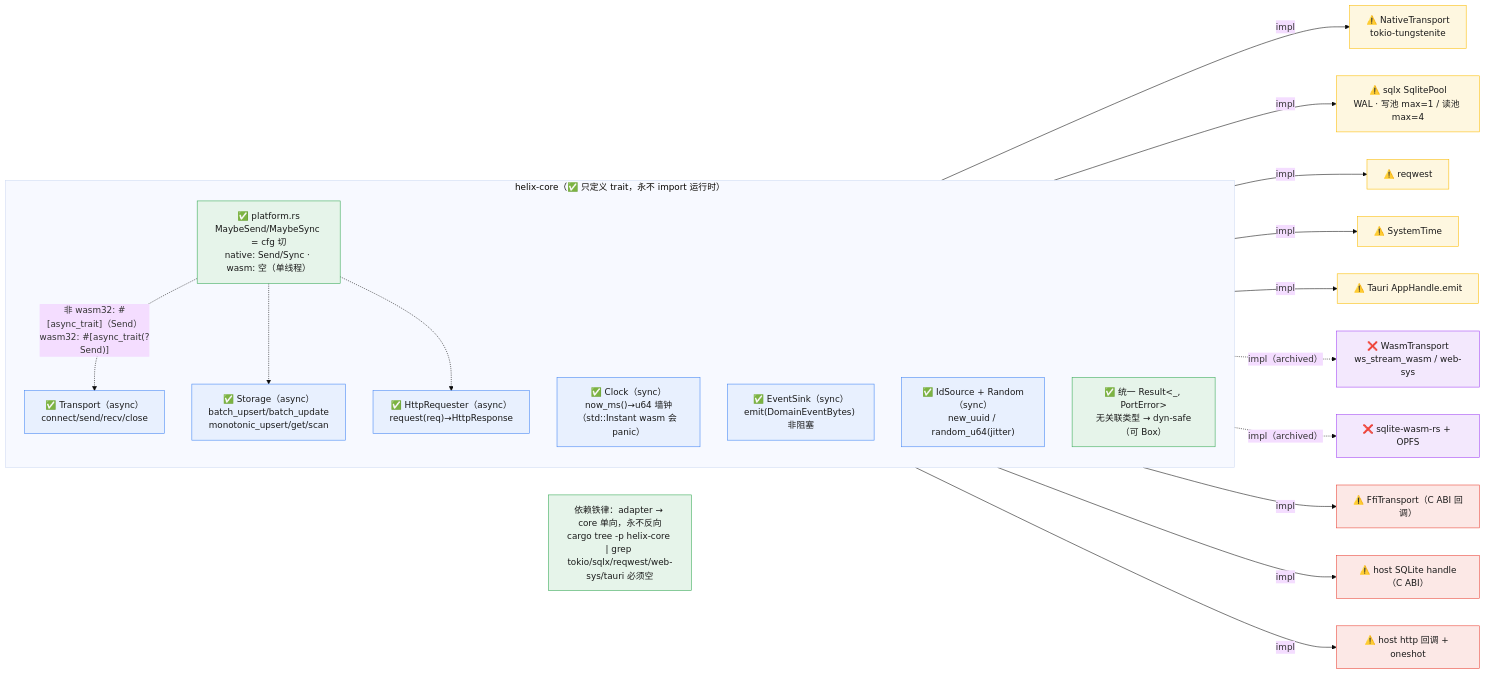
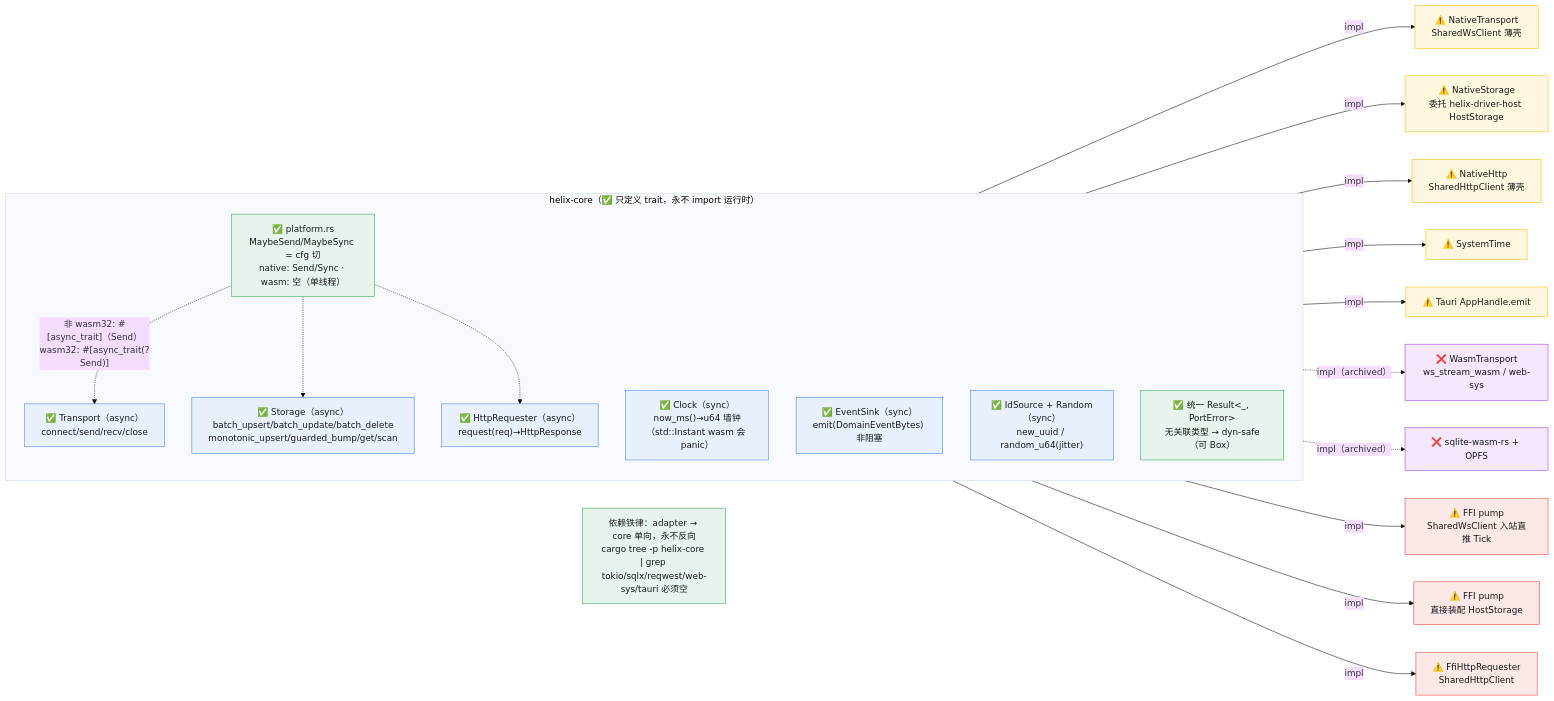
The diagram in crates/helix-core/docs/design/05-ports-registry.mmd (zxs1633079383/helix), drawn with Mermaid (base theme) before and after one commit. The commit also changed 66 other files, not shown here.

```diff
--- a/crates/helix-core/docs/design/05-ports-registry.mmd
+++ b/crates/helix-core/docs/design/05-ports-registry.mmd
@@ -1,44 +1,44 @@
-%% helix-core — 6 ports 抽象 + 三端实现去向（依赖倒置 / ports & adapters）
+%% helix-core — 6 ports 抽象 + PC/Flutter 实现去向（依赖倒置 / ports & adapters）
 %% 真源：src/ports/{transport,storage,clock,event_sink,id,http}.rs + src/platform.rs
 %% 关联：HX-C001(core 只定义 trait) · HX-C002(MaybeSend/MaybeSync cfg 切) · 对象安全(统一 PortError)
 flowchart LR
     classDef core fill:#e6f4ea,stroke:#34a853,color:#1a1a1a
     classDef port fill:#e8f0fe,stroke:#4285f4,color:#1a1a1a
     classDef native fill:#fef7e0,stroke:#fbbc04,color:#1a1a1a
     classDef wasm fill:#f3e8fd,stroke:#a142f4,color:#1a1a1a
     classDef ffi fill:#fce8e6,stroke:#ea4335,color:#1a1a1a
 
     subgraph CORE["helix-core（✅ 只定义 trait，永不 import 运行时）"]
         direction TB
         PLAT["✅ platform.rs<br/>MaybeSend/MaybeSync = cfg 切<br/>native: Send/Sync · wasm: 空（单线程）"]:::core
         T["✅ Transport（async）<br/>connect/send/recv/close"]:::port
-        S["✅ Storage（async）<br/>batch_upsert/batch_update<br/>monotonic_upsert/get/scan"]:::port
+        S["✅ Storage（async）<br/>batch_upsert/batch_update/batch_delete<br/>monotonic_upsert/guarded_bump/get/scan"]:::port
         CL["✅ Clock（sync）<br/>now_ms()→u64 墙钟<br/>（std::Instant wasm 会 panic）"]:::port
         ES["✅ EventSink（sync）<br/>emit(DomainEventBytes) 非阻塞"]:::port
         ID["✅ IdSource + Random（sync）<br/>new_uuid / random_u64(jitter)"]:::port
         HT["✅ HttpRequester（async）<br/>request(req)→HttpResponse"]:::port
         ERR["✅ 统一 Result<_, PortError><br/>无关联类型 → dyn-safe（可 Box<dyn>）"]:::core
     end
 
     %% async trait 三端 Send cfg（HX-C002）
     PLAT -.->|"非 wasm32: #[async_trait]（Send）<br/>wasm32: #[async_trait(?Send)]"| T
     PLAT -.-> S
     PLAT -.-> HT
 
     %% ── native driver ──
-    T -->|"impl"| NT["⚠️ NativeTransport<br/>tokio-tungstenite"]:::native
-    S -->|"impl"| NS["⚠️ sqlx SqlitePool<br/>WAL · 写池 max=1 / 读池 max=4"]:::native
-    HT -->|"impl"| NH["⚠️ reqwest"]:::native
+    T -->|"impl"| NT["⚠️ NativeTransport<br/>SharedWsClient 薄壳"]:::native
+    S -->|"impl"| NS["⚠️ NativeStorage<br/>委托 helix-driver-host HostStorage"]:::native
+    HT -->|"impl"| NH["⚠️ NativeHttp<br/>SharedHttpClient 薄壳"]:::native
     CL -->|"impl"| NC["⚠️ SystemTime"]:::native
     ES -->|"impl"| NE["⚠️ Tauri AppHandle.emit"]:::native
 
     %% ── wasm driver（已归档，ADR-006 暂停维护）──
     T -.->|"impl（archived）"| WT["❌ WasmTransport<br/>ws_stream_wasm / web-sys"]:::wasm
     S -.->|"impl（archived）"| WS["❌ sqlite-wasm-rs + OPFS"]:::wasm
 
     %% ── ffi driver（Flutter 手机端）──
-    T -->|"impl"| FT["⚠️ FfiTransport（C ABI 回调）"]:::ffi
-    S -->|"impl"| FS["⚠️ host SQLite handle（C ABI）"]:::ffi
-    HT -->|"impl"| FH["⚠️ host http 回调 + oneshot"]:::ffi
+    T -->|"impl"| FT["⚠️ FFI pump<br/>SharedWsClient 入站直推 Tick"]:::ffi
+    S -->|"impl"| FS["⚠️ FFI pump<br/>直接装配 HostStorage"]:::ffi
+    HT -->|"impl"| FH["⚠️ FfiHttpRequester<br/>SharedHttpClient"]:::ffi
 
     Note["依赖铁律：adapter → core 单向，永不反向<br/>cargo tree -p helix-core | grep tokio/sqlx/reqwest/web-sys/tauri 必须空"]:::core
```
